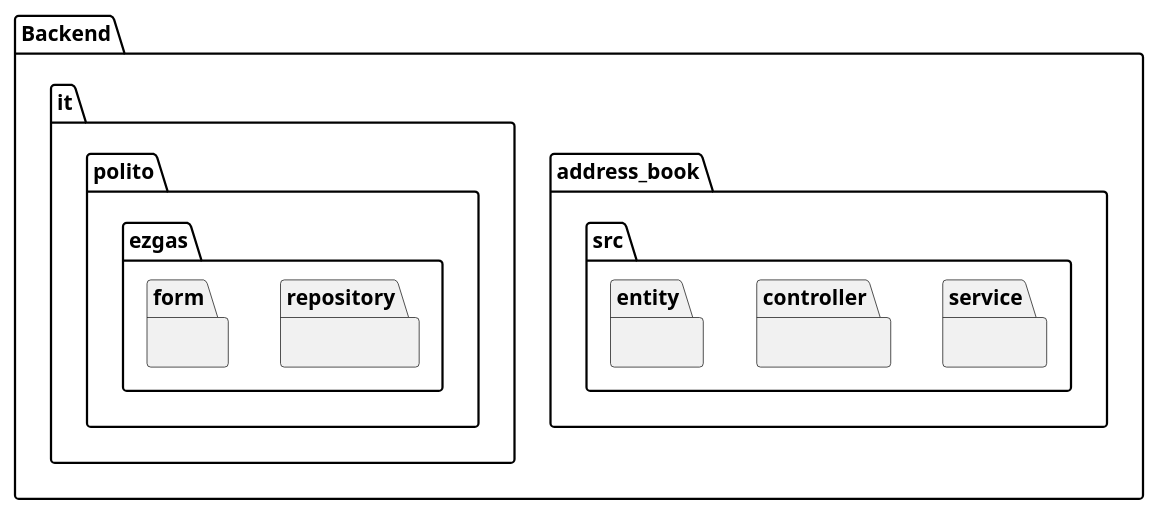
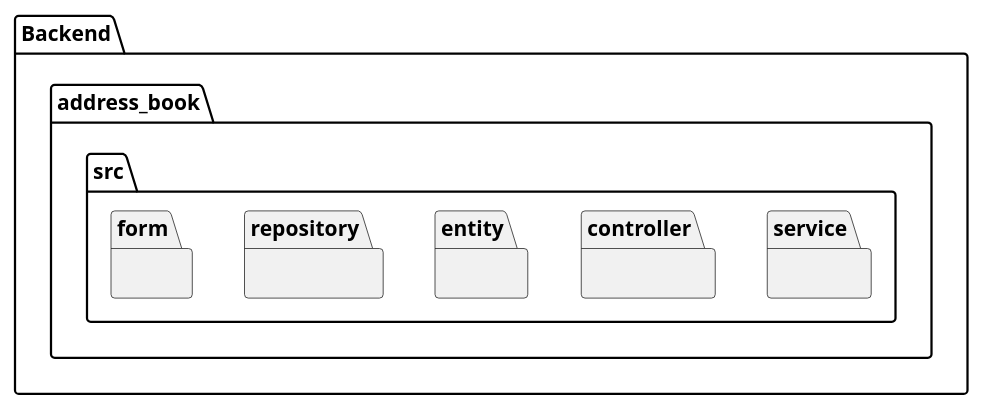
The third of 4 diagrams in docs/DesignDocument.md (tonyYSaliba/Address-Book), drawn with PlantUML before and after one commit. The commit also changed other lines of this file and 1 other file, not shown here.

````diff
--- a/docs/DesignDocument.md
+++ b/docs/DesignDocument.md
@@ -94,26 +94,26 @@
 ```plantuml
 @startuml
 package "Backend" {
 
 package "address_book.src.service" {
 
 } 
 
 package "address_book.src.controller" {
 
 }
 
 package "address_book.src.entity" {
 
 }
 
-package "it.polito.ezgas.repository" {
+package "address_book.src.repository" {
 
 }
 
-package "it.polito.ezgas.form" {
+package "address_book.src.form" {
 
 }
 
 }
 ```
````
